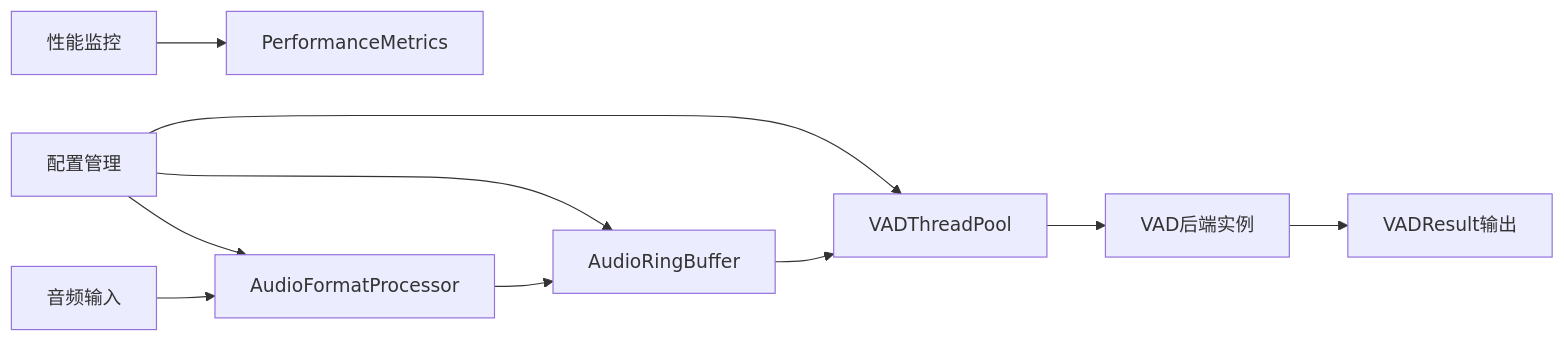
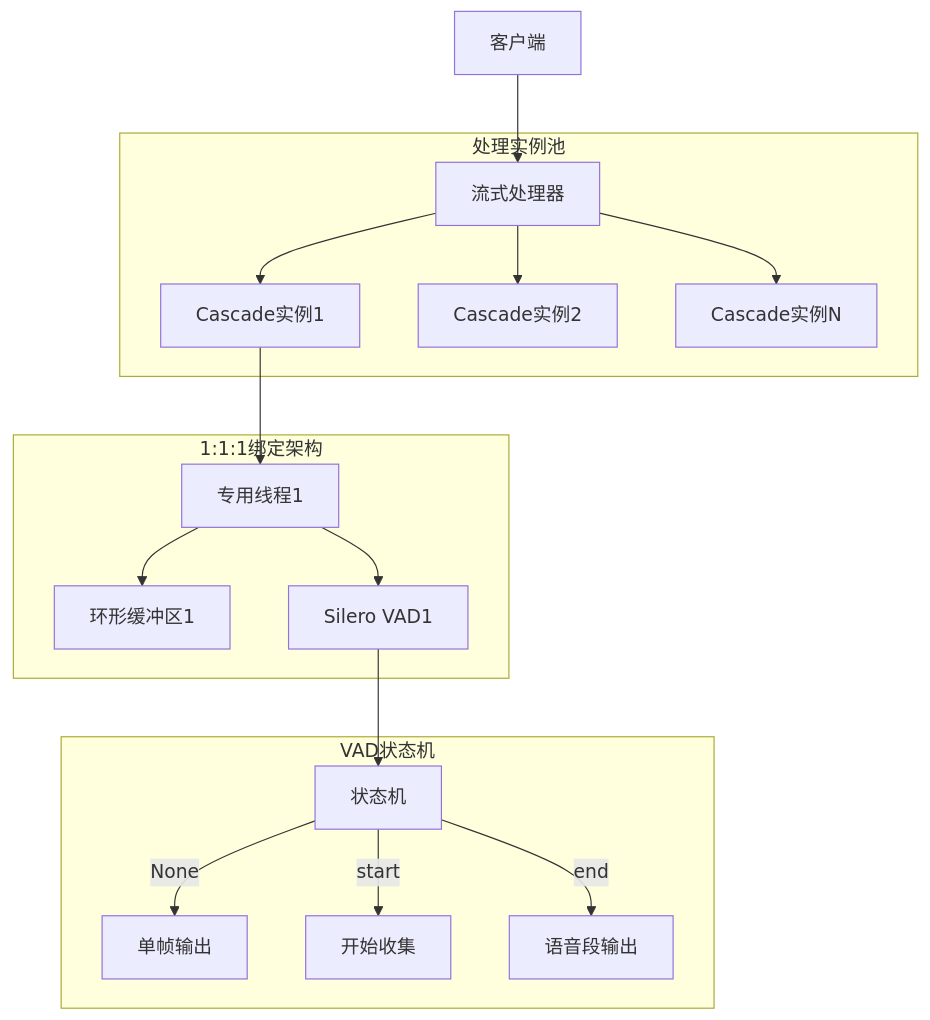
Before and after one commit to xucailiang/cascade: the diagram in README.md, drawn with Mermaid. The commit also changed other lines of this file and 105 other files, not shown here.

````diff
--- a/README.md
+++ b/README.md
@@ -42,14 +26,23 @@
 ```mermaid
-graph LR
-    A[音频输入] --> B[AudioFormatProcessor]
-    B --> C[AudioRingBuffer]
-    C --> D[VADThreadPool]
-    D --> E[VAD后端实例]
-    E --> F[VADResult输出]
+graph TD
+    Client[客户端] --> StreamProcessor[流式处理器]
     
-    G[配置管理] --> B
-    G --> C
-    G --> D
+    subgraph "处理实例池"
+        StreamProcessor --> Instance1[Cascade实例1]
+        StreamProcessor --> Instance2[Cascade实例2]
+        StreamProcessor --> InstanceN[Cascade实例N]
+    end
     
-    H[性能监控] --> I[PerformanceMetrics]
+    subgraph "1:1:1绑定架构"
+        Instance1 --> Thread1[专用线程1]
+        Thread1 --> Buffer1[环形缓冲区1]
+        Thread1 --> VAD1[Silero VAD1]
+    end
+    
+    subgraph "VAD状态机"
+        VAD1 --> StateMachine[状态机]
+        StateMachine --> |None| SingleFrame[单帧输出]
+        StateMachine --> |start| Collecting[开始收集]
+        StateMachine --> |end| SpeechSegment[语音段输出]
+    end
 ```
````
